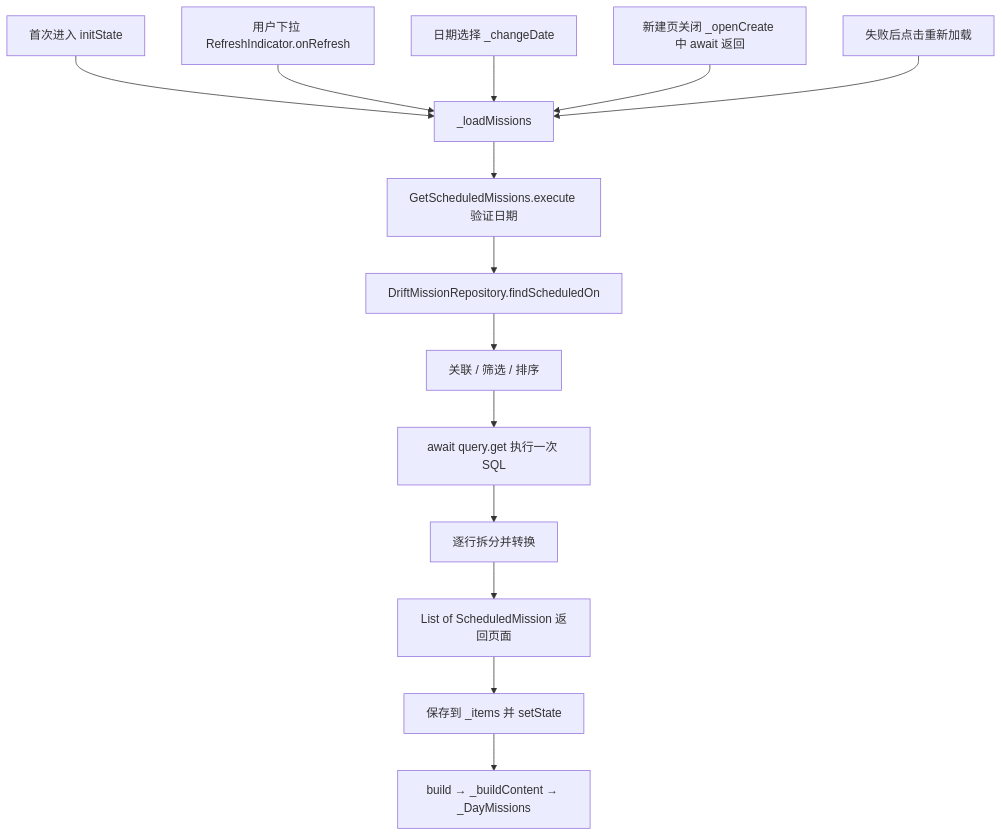
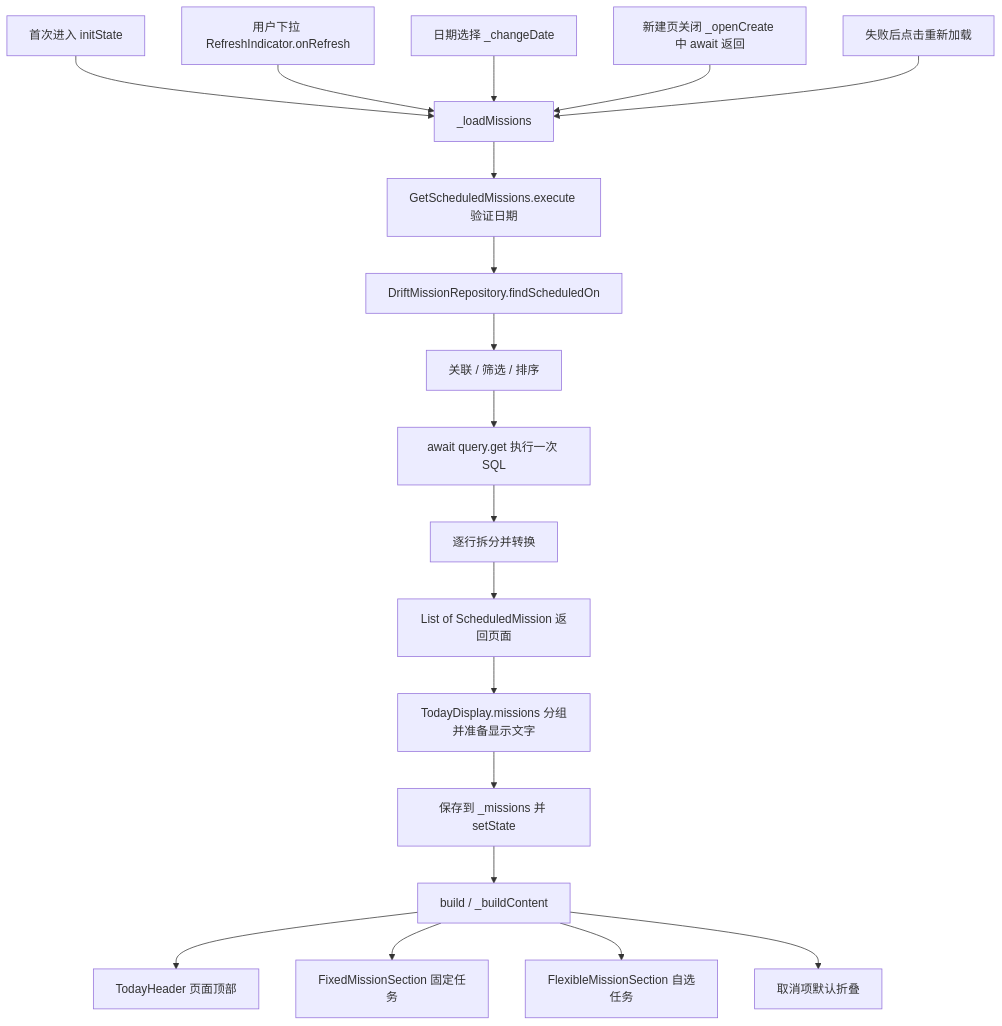
One commit to Liuxin4950/MissionBook changed the diagram in docs/教学/U06-今天页真实列表.md. Above: the diagram before and after it, drawn with Mermaid. The commit also changed other lines of this file and 12 other files, not shown here.

````diff
--- a/docs/教学/U06-今天页真实列表.md
+++ b/docs/教学/U06-今天页真实列表.md
@@ -7,16 +7,21 @@
 ```mermaid
 flowchart TD
   I[首次进入 initState] --> L[_loadMissions]
   P[用户下拉 RefreshIndicator.onRefresh] --> L
   C[日期选择 _changeDate] --> L
   N[新建页关闭 _openCreate 中 await 返回] --> L
   E[失败后点击重新加载] --> L
   L --> A[GetScheduledMissions.execute 验证日期]
   A --> R[DriftMissionRepository.findScheduledOn]
   R --> Q[关联 / 筛选 / 排序]
   Q --> G[await query.get 执行一次 SQL]
   G --> V[逐行拆分并转换]
   V --> B[List of ScheduledMission 返回页面]
-  B --> S[保存到 _items 并 setState]
-  S --> U[build → _buildContent → _DayMissions]
+  B --> D[TodayDisplay.missions 分组并准备显示文字]
+  D --> S[保存到 _missions 并 setState]
+  S --> U[build / _buildContent]
+  U --> H[TodayHeader 页面顶部]
+  U --> F[FixedMissionSection 固定任务]
+  U --> X[FlexibleMissionSection 自选任务]
+  U --> K[取消项默认折叠]
 ```
````
